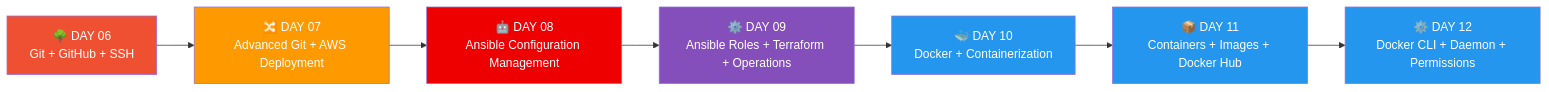
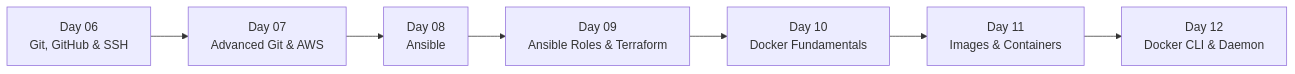
Before and after one commit to Yuvii2102/My-Devops-Cloud-Journey: the first of 37 diagrams in DevOps-Labs-and-Projects/ Day-06 to Day-12/README.md, drawn with Mermaid. The commit also changed other lines of this file, not shown here.

First line of the commit message:
Improved my DevOps learning notes (Day 06–12)

````diff
--- a/DevOps-Labs-and-Projects/ Day-06 to Day-12/README.md
+++ b/DevOps-Labs-and-Projects/ Day-06 to Day-12/README.md
@@ -26,20 +11,12 @@
 ```mermaid
 flowchart LR
-    D6["🌳 DAY 06<br/>Git + GitHub + SSH"]
-    D7["🔀 DAY 07<br/>Advanced Git + AWS Deployment"]
-    D8["🤖 DAY 08<br/>Ansible Configuration Management"]
-    D9["⚙️ DAY 09<br/>Ansible Roles + Terraform + Operations"]
-    D10["🐳 DAY 10<br/>Docker + Containerization"]
-    D11["📦 DAY 11<br/>Containers + Images + Docker Hub"]
-    D12["⚙️ DAY 12<br/>Docker CLI + Daemon + Permissions"]
+    D6["Day 06<br/>Git, GitHub & SSH"]
+    D7["Day 07<br/>Advanced Git & AWS"]
+    D8["Day 08<br/>Ansible"]
+    D9["Day 09<br/>Ansible Roles & Terraform"]
+    D10["Day 10<br/>Docker Fundamentals"]
+    D11["Day 11<br/>Images & Containers"]
+    D12["Day 12<br/>Docker CLI & Daemon"]
 
     D6 --> D7 --> D8 --> D9 --> D10 --> D11 --> D12
-
-    style D6 fill:#F05032,color:#fff
-    style D7 fill:#FF9900,color:#fff
-    style D8 fill:#EE0000,color:#fff
-    style D9 fill:#844FBA,color:#fff
-    style D10 fill:#2496ED,color:#fff
-    style D11 fill:#2496ED,color:#fff
-    style D12 fill:#2496ED,color:#fff
 ```
````
